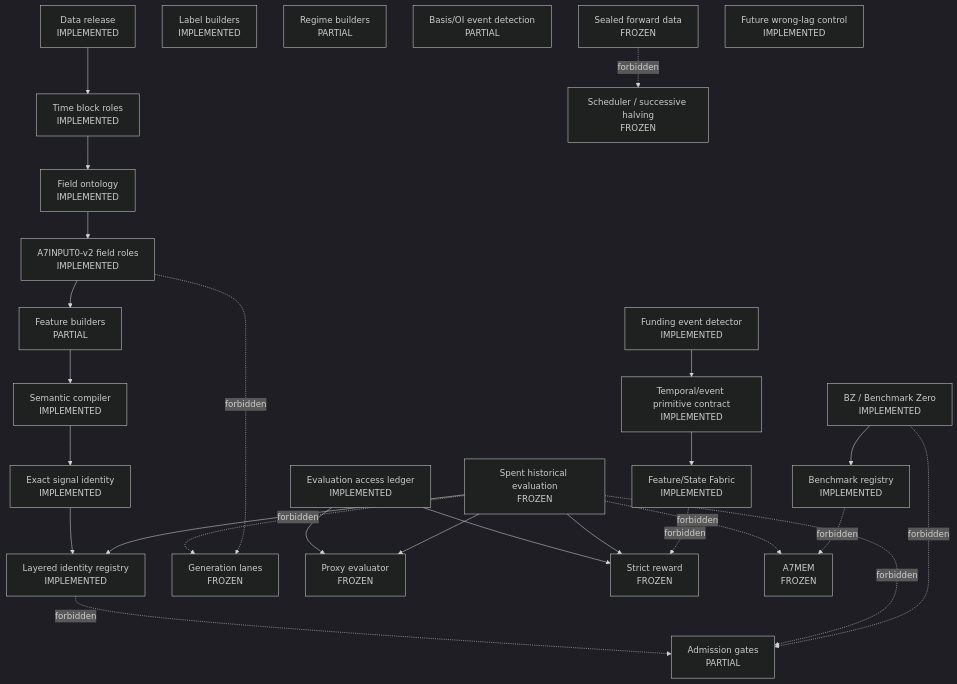
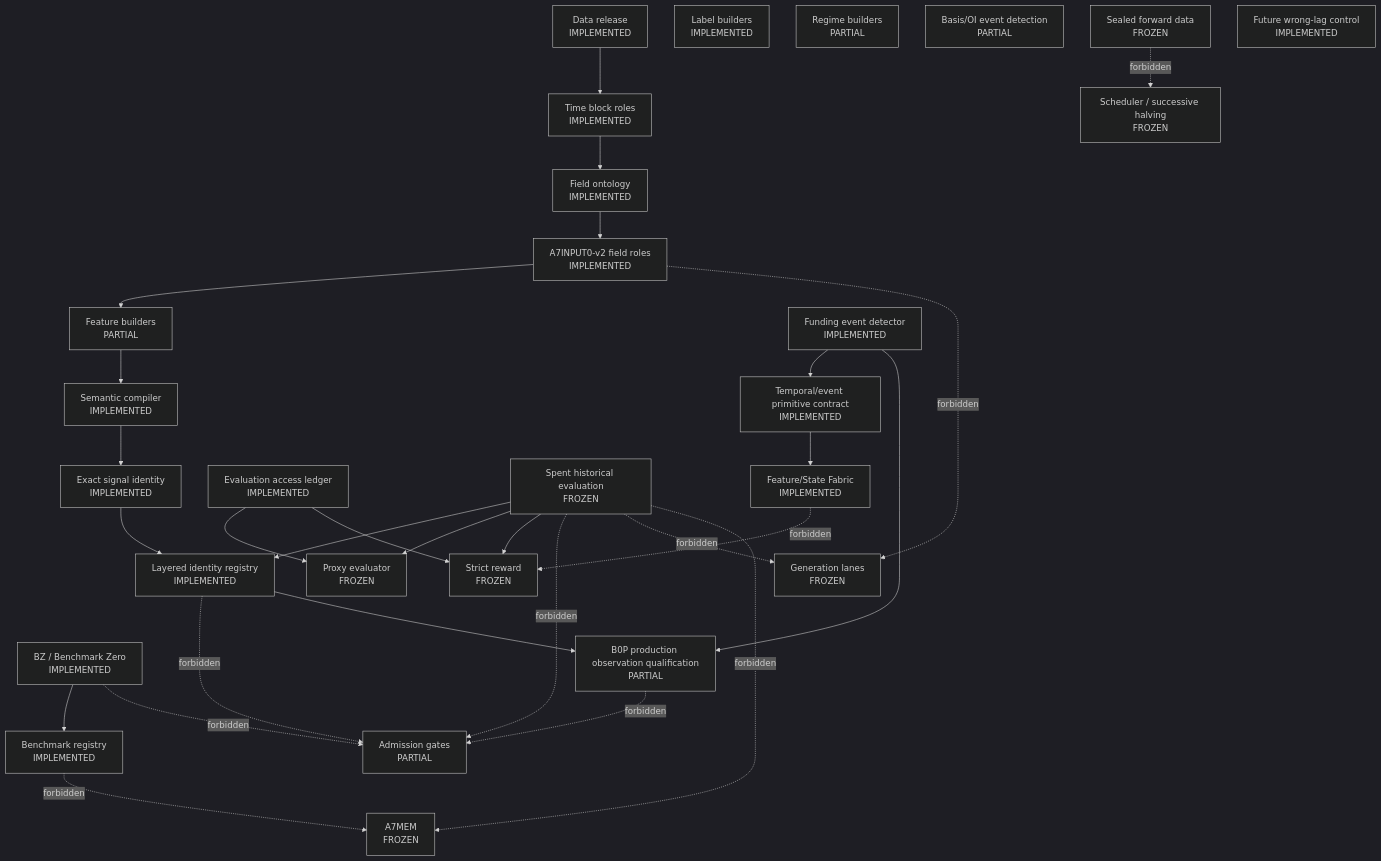
Before and after one commit to weisssschnee/alpha_pit_engine_crypto_20260519: the diagram in .planning/graphs/CURRENT_ARCHITECTURE.md, drawn with Mermaid (dark theme). The commit also changed other lines of this file and 12 other files, not shown here.

Commit message:
b0p.3 close production observation qualification

````diff
--- a/.planning/graphs/CURRENT_ARCHITECTURE.md
+++ b/.planning/graphs/CURRENT_ARCHITECTURE.md
@@ -11,53 +11,57 @@
 ```mermaid
 flowchart TD
   control_data_release["Data release\nIMPLEMENTED"]
   control_time_block_roles["Time block roles\nIMPLEMENTED"]
   control_field_ontology["Field ontology\nIMPLEMENTED"]
   control_a7input0["A7INPUT0-v2 field roles\nIMPLEMENTED"]
   control_feature_builder["Feature builders\nPARTIAL"]
   control_label_builder["Label builders\nIMPLEMENTED"]
   control_regime_builder["Regime builders\nPARTIAL"]
   control_funding_event_detector["Funding event detector\nIMPLEMENTED"]
   control_basis_oi_event_detection["Basis/OI event detection\nPARTIAL"]
   control_semantic_compiler["Semantic compiler\nIMPLEMENTED"]
   control_exact_signal_identity["Exact signal identity\nIMPLEMENTED"]
   control_identity_registry["Layered identity registry\nIMPLEMENTED"]
   control_generation_lanes["Generation lanes\nFROZEN"]
   control_proxy["Proxy evaluator\nFROZEN"]
   control_strict_reward["Strict reward\nFROZEN"]
   control_admission["Admission gates\nPARTIAL"]
   control_a7mem["A7MEM\nFROZEN"]
   control_scheduler["Scheduler / successive halving\nFROZEN"]
   control_benchmark_registry["Benchmark registry\nIMPLEMENTED"]
   control_evaluation_access_ledger["Evaluation access ledger\nIMPLEMENTED"]
   control_spent_evaluation["Spent historical evaluation\nFROZEN"]
   control_sealed_forward["Sealed forward data\nFROZEN"]
   control_future_wrong_lag["Future wrong-lag control\nIMPLEMENTED"]
   control_bz["BZ / Benchmark Zero\nIMPLEMENTED"]
   control_temporal_event_contract["Temporal/event primitive contract\nIMPLEMENTED"]
   control_feature_state_fabric["Feature/State Fabric\nIMPLEMENTED"]
+  control_production_observation_qualification["B0P production observation qualification\nPARTIAL"]
   control_data_release --> control_time_block_roles
   control_time_block_roles --> control_field_ontology
   control_field_ontology --> control_a7input0
   control_a7input0 --> control_feature_builder
   control_feature_builder --> control_semantic_compiler
   control_semantic_compiler --> control_exact_signal_identity
   control_exact_signal_identity --> control_identity_registry
   control_identity_registry -. forbidden .-> control_admission
   control_spent_evaluation --> control_identity_registry
   control_evaluation_access_ledger --> control_proxy
   control_evaluation_access_ledger --> control_strict_reward
   control_funding_event_detector --> control_temporal_event_contract
   control_temporal_event_contract --> control_feature_state_fabric
   control_bz --> control_benchmark_registry
+  control_funding_event_detector --> control_production_observation_qualification
+  control_identity_registry --> control_production_observation_qualification
+  control_production_observation_qualification -. forbidden .-> control_admission
   control_spent_evaluation --> control_proxy
   control_spent_evaluation --> control_strict_reward
   control_spent_evaluation -. forbidden .-> control_admission
   control_spent_evaluation -. forbidden .-> control_generation_lanes
   control_spent_evaluation -. forbidden .-> control_a7mem
   control_sealed_forward -. forbidden .-> control_scheduler
   control_benchmark_registry -. forbidden .-> control_a7mem
   control_feature_state_fabric -. forbidden .-> control_strict_reward
   control_a7input0 -. forbidden .-> control_generation_lanes
   control_bz -. forbidden .-> control_admission
 ```
````
